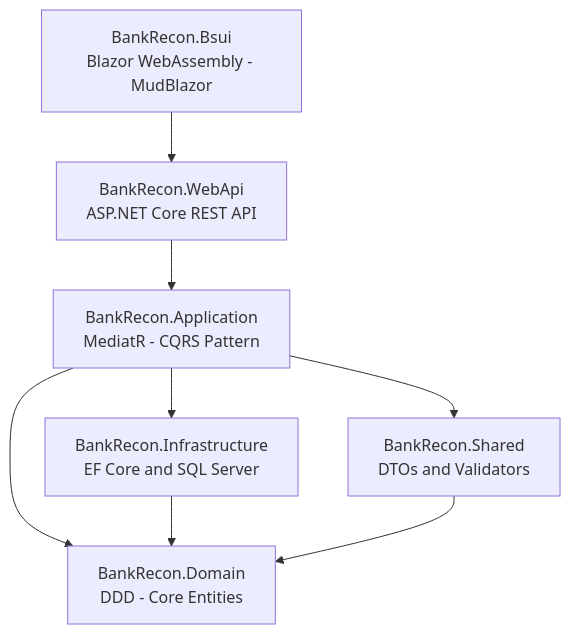
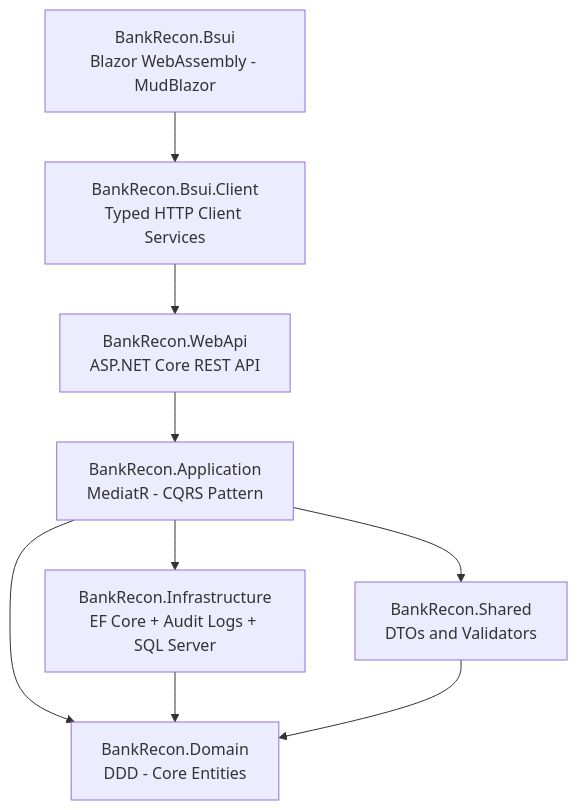
The diagram in README.md (mikeKharisma28/BankRecon), drawn with Mermaid before and after one commit. The commit also changed other lines of this file and 47 other files, not shown here.

Commit message:
Added feature Audit, removed example entities and components accross layers, added BankRecon.Bsui.Client layer and tested migration by adding AuditLogs table

````diff
--- a/README.md
+++ b/README.md
@@ -25,10 +26,11 @@
 ```mermaid
 graph TD;
-    A["BankRecon.Bsui\nBlazor WebAssembly - MudBlazor"] --> B["BankRecon.WebApi\nASP.NET Core REST API"];
-    B --> C["BankRecon.Application\nMediatR - CQRS Pattern"];
-    C --> D["BankRecon.Domain\nDDD - Core Entities"];
-    C --> E["BankRecon.Shared\nDTOs and Validators"];
-    C --> F["BankRecon.Infrastructure\nEF Core and SQL Server"];
-    F --> D;
-    E --> D;
+    A["BankRecon.Bsui\nBlazor WebAssembly - MudBlazor"] --> B["BankRecon.Bsui.Client\nTyped HTTP Client Services"];
+    B --> C["BankRecon.WebApi\nASP.NET Core REST API"];
+    C --> D["BankRecon.Application\nMediatR - CQRS Pattern"];
+    D --> E["BankRecon.Domain\nDDD - Core Entities"];
+    D --> F["BankRecon.Shared\nDTOs and Validators"];
+    D --> G["BankRecon.Infrastructure\nEF Core + Audit Logs + SQL Server"];
+    G --> E;
+    F --> E;
 ```
````
